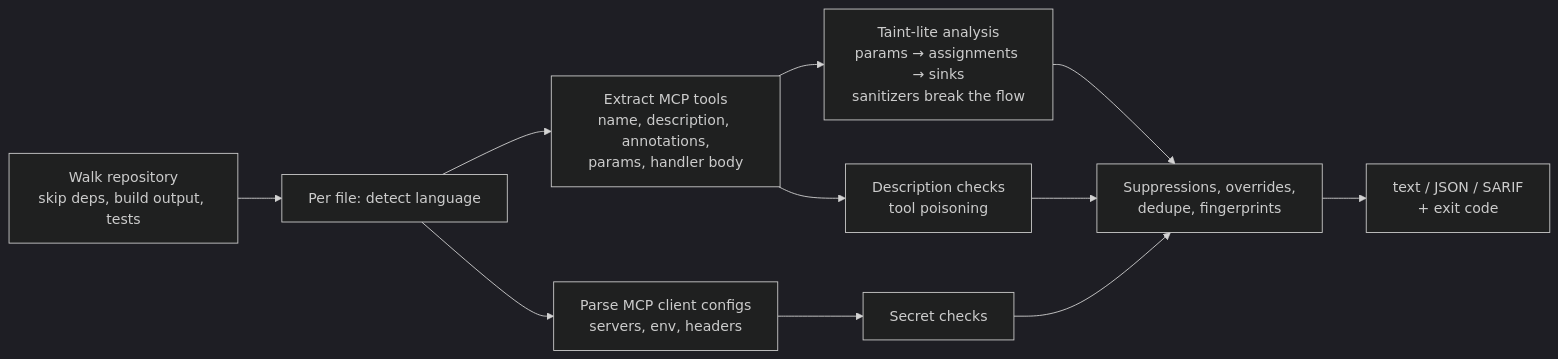
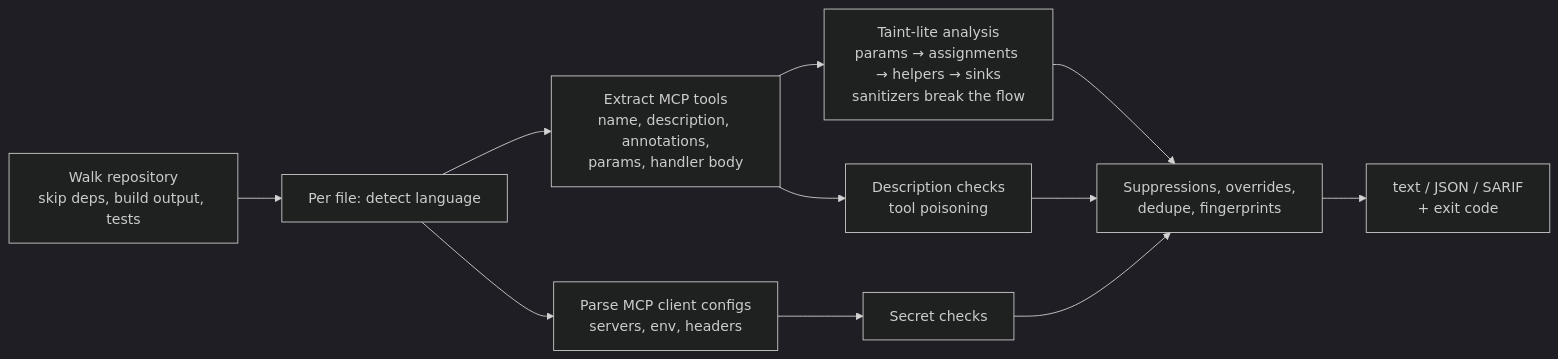
Before and after one commit to Gerijacki/mcp-guard: the diagram in README.md, drawn with Mermaid (dark theme). The commit also changed other lines of this file and 207 other files, not shown here.

````diff
--- a/README.md
+++ b/README.md
@@ -139,11 +163,11 @@
 ```mermaid
 flowchart LR
     A[Walk repository<br/>skip deps, build output, tests] --> B[Per file: detect language]
     B --> C[Extract MCP tools<br/>name, description, annotations,<br/>params, handler body]
     B --> D[Parse MCP client configs<br/>servers, env, headers]
-    C --> E[Taint-lite analysis<br/>params → assignments → sinks<br/>sanitizers break the flow]
+    C --> E[Taint-lite analysis<br/>params → assignments → helpers → sinks<br/>sanitizers break the flow]
     C --> F[Description checks<br/>tool poisoning]
     D --> G[Secret checks]
     E & F & G --> H[Suppressions, overrides,<br/>dedupe, fingerprints]
     H --> I[text / JSON / SARIF<br/>+ exit code]
 ```
````
